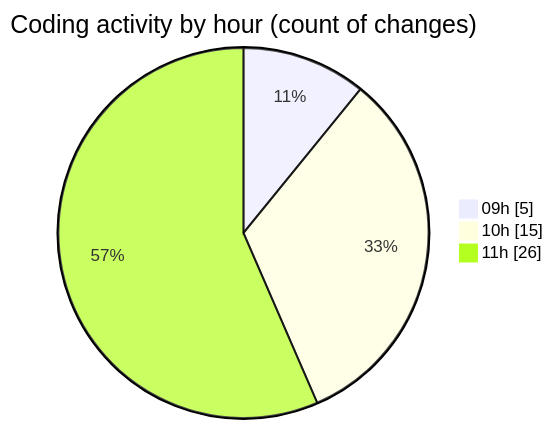
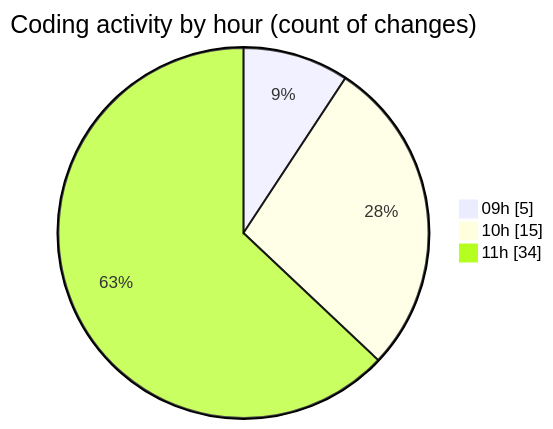
The second of 2 diagrams in 2025-06-13/ecodeli-1/README.md (CELIANVF/code-tracking), drawn with Mermaid before and after one commit. The commit also changed other lines of this file and 1 other file, not shown here.

````diff
--- a/2025-06-13/ecodeli-1/README.md
+++ b/2025-06-13/ecodeli-1/README.md
@@ -41,7 +41,7 @@
 ```mermaid
 pie showData
 title Coding activity by hour (count of changes)
 "09h" : 5
 "10h" : 15
-"11h" : 26
+"11h" : 34
 ```
````
